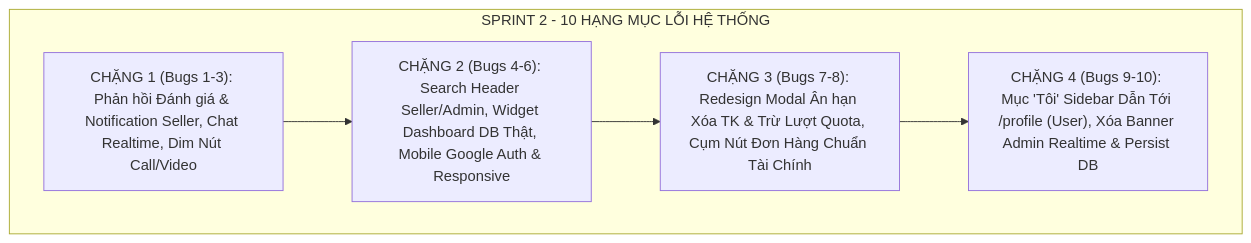
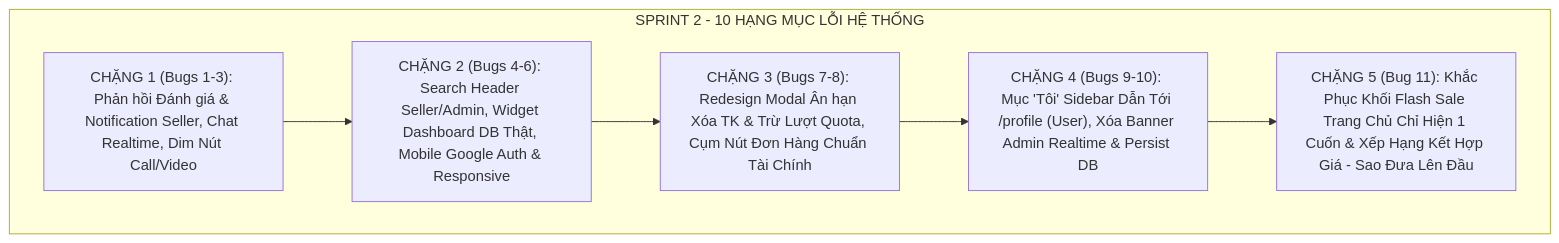
The first of 4 diagrams in BUG_SPRINT_2.md (huynhgiahuy236/huki-ebook), drawn with Mermaid before and after one commit. The commit also changed other lines of this file and 2 other files, not shown here.

Commit message:
fix(sprint2-stage5): resolve bug-027 with composite price-star ranking and multi-tier flash sale display

````diff
--- a/BUG_SPRINT_2.md
+++ b/BUG_SPRINT_2.md
@@ -10,10 +10,11 @@
 ```mermaid
 flowchart TD
     subgraph SPRINT2["SPRINT 2 - 10 HẠNG MỤC LỖI HỆ THỐNG"]
         C1["CHẶNG 1 (Bugs 1-3): Phản hồi Đánh giá & Notification Seller, Chat Realtime, Dim Nút Call/Video"]
         C2["CHẶNG 2 (Bugs 4-6): Search Header Seller/Admin, Widget Dashboard DB Thật, Mobile Google Auth & Responsive"]
         C3["CHẶNG 3 (Bugs 7-8): Redesign Modal Ân hạn Xóa TK & Trừ Lượt Quota, Cụm Nút Đơn Hàng Chuẩn Tài Chính"]
         C4["CHẶNG 4 (Bugs 9-10): Mục 'Tôi' Sidebar Dẫn Tới /profile (User), Xóa Banner Admin Realtime & Persist DB"]
+        C5["CHẶNG 5 (Bug 11): Khắc Phục Khối Flash Sale Trang Chủ Chỉ Hiện 1 Cuốn & Xếp Hạng Kết Hợp Giá - Sao Đưa Lên Đầu"]
     end
-    C1 --> C2 --> C3 --> C4
+    C1 --> C2 --> C3 --> C4 --> C5
 ```
````
